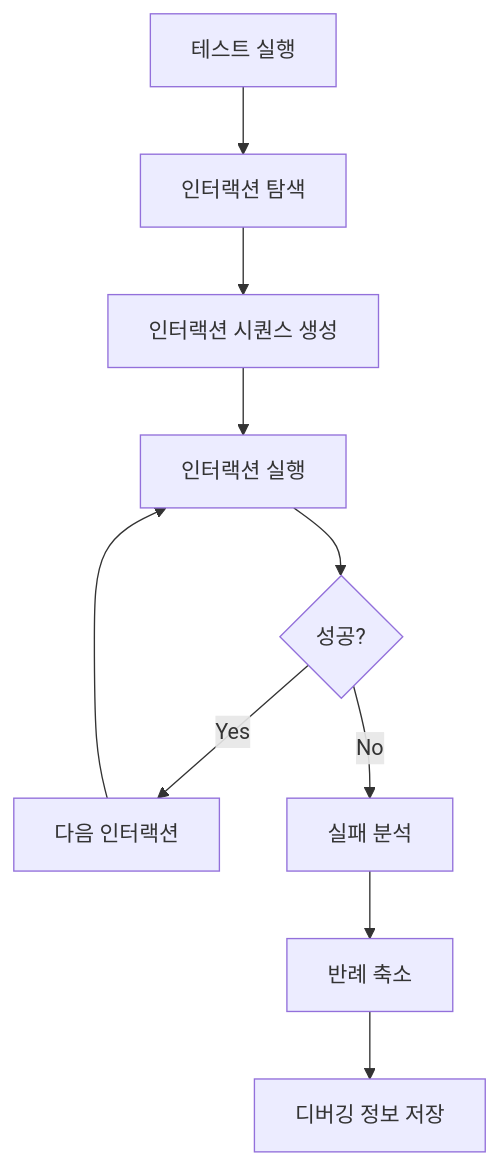
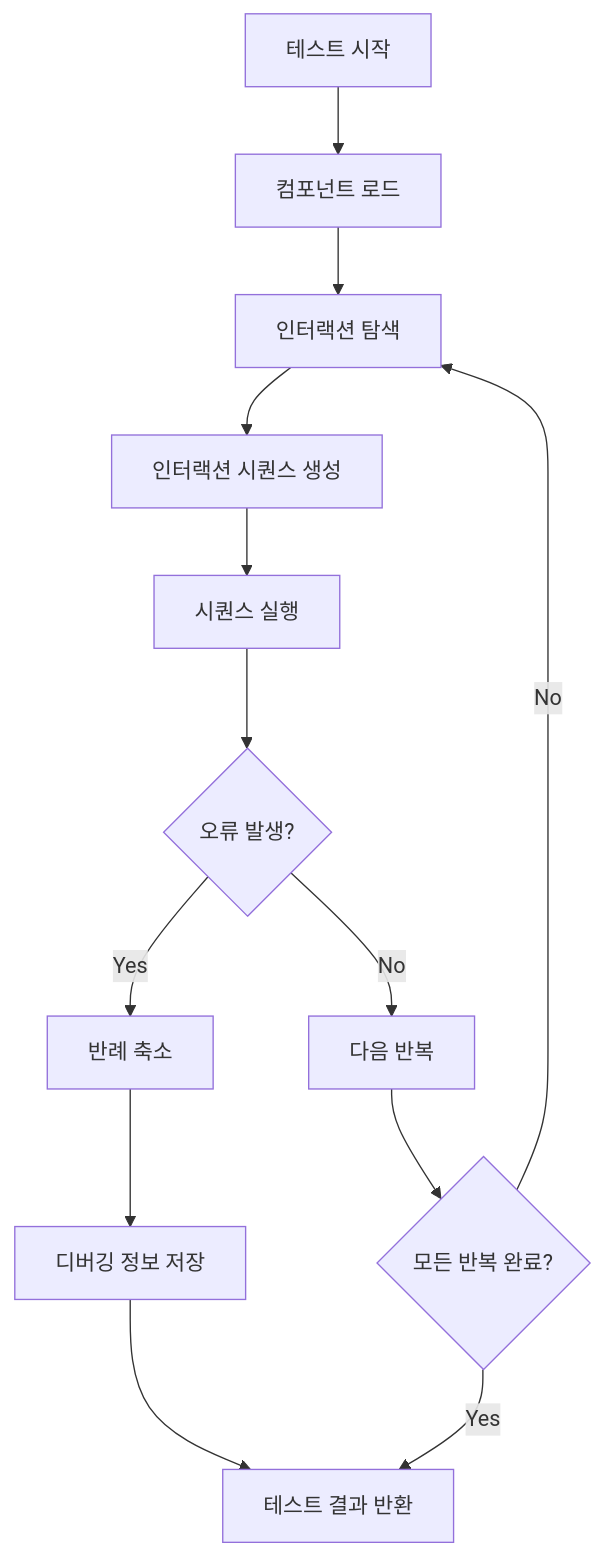
The first of 10 diagrams in storybook/e2e/universal-testers.md (YahngSungho/Monorepo), drawn with Mermaid before and after one commit. The commit also changed other lines of this file and 5 other files, not shown here.

First line of the commit message:
feat: Storybook UI 컴포넌트 테스트 개선

````diff
--- a/storybook/e2e/universal-testers.md
+++ b/storybook/e2e/universal-testers.md
@@ -19,12 +38,15 @@
 ```mermaid
 flowchart TD
-    A[테스트 실행] --> B[인터랙션 탐색]
-    B --> C[인터랙션 시퀀스 생성]
-    C --> D[인터랙션 실행]
-    D --> E{성공?}
-    E -->|Yes| F[다음 인터랙션]
-    E -->|No| G[실패 분석]
-    F --> D
-    G --> H[반례 축소]
-    H --> I[디버깅 정보 저장]
+    A[테스트 시작] --> B[컴포넌트 로드]
+    B --> C[인터랙션 탐색]
+    C --> D[인터랙션 시퀀스 생성]
+    D --> E[시퀀스 실행]
+    E --> F{오류 발생?}
+    F -->|Yes| G[반례 축소]
+    G --> H[디버깅 정보 저장]
+    F -->|No| I[다음 반복]
+    I --> J{모든 반복 완료?}
+    J -->|No| C
+    J -->|Yes| K[테스트 결과 반환]
+    H --> K
 ```
````
